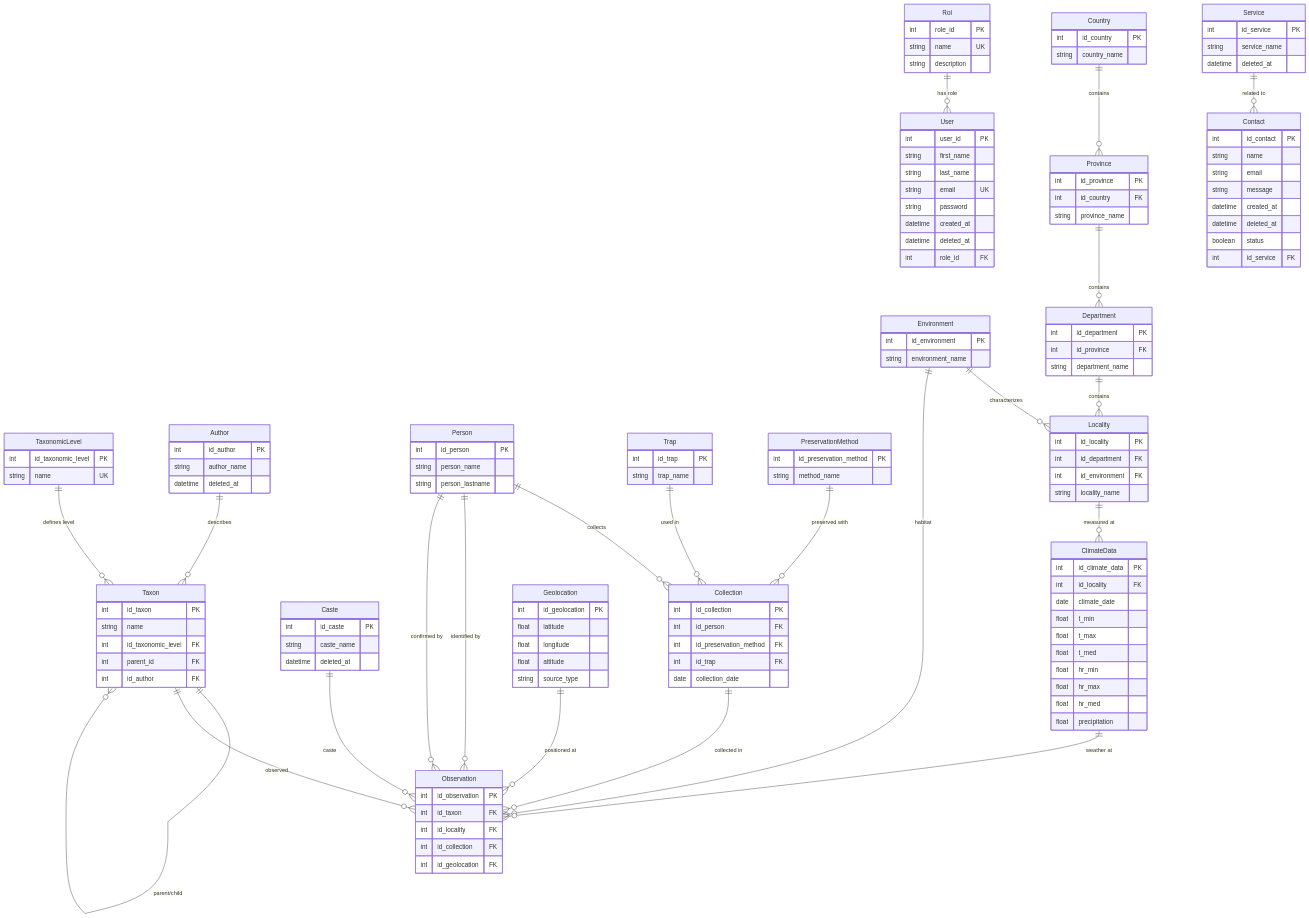
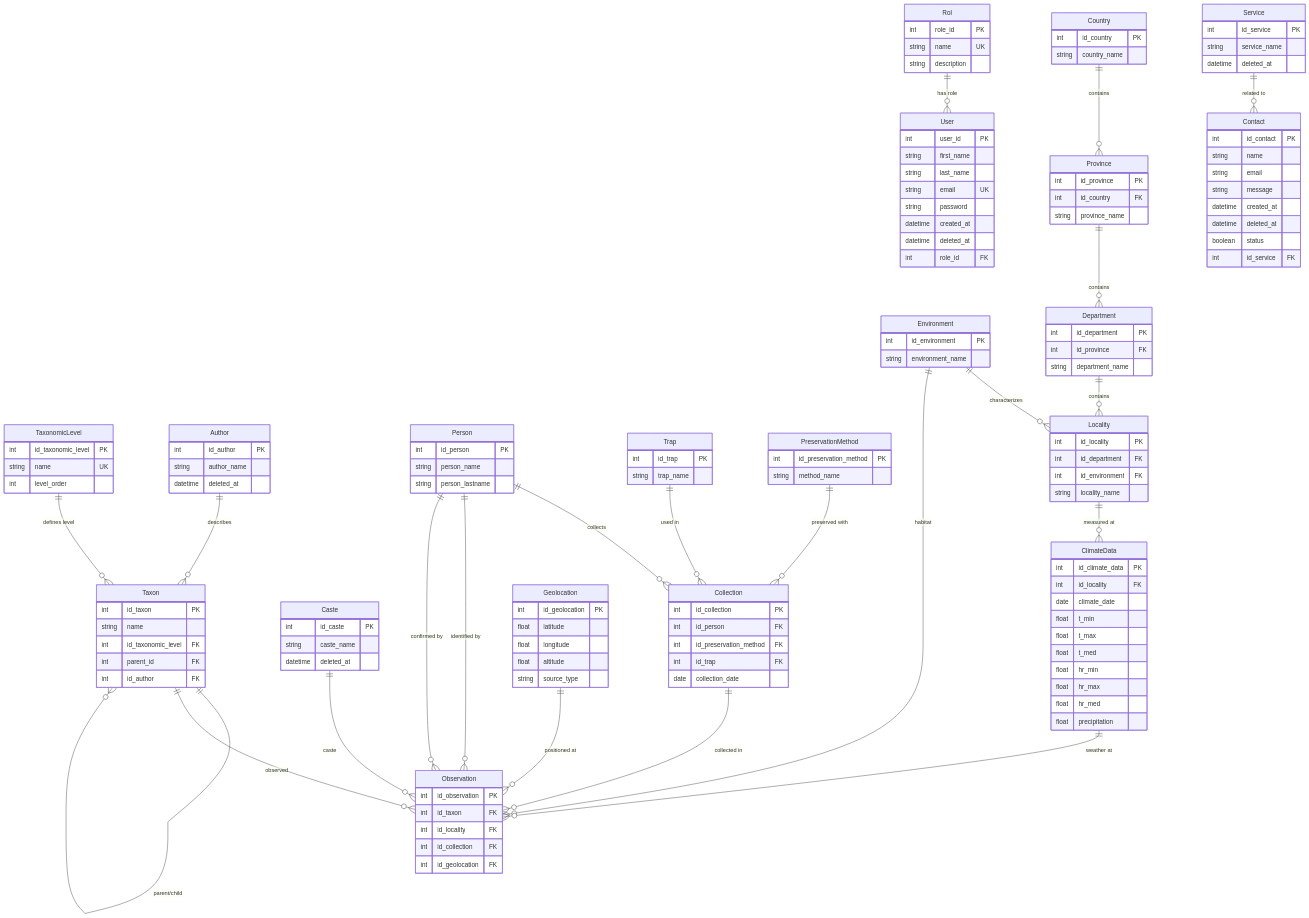
One commit to protos50/species-observation-manager changed the diagram in modelo_datos_gema.md. Above: the diagram before and after it, drawn with Mermaid. The commit also changed 15 other files, not shown here.

```diff
--- a/modelo_datos_gema.md
+++ b/modelo_datos_gema.md
@@ -24,6 +24,7 @@
     TaxonomicLevel {
         int id_taxonomic_level PK
         string name UK
+        int level_order
     }
     
     Taxon {
```
